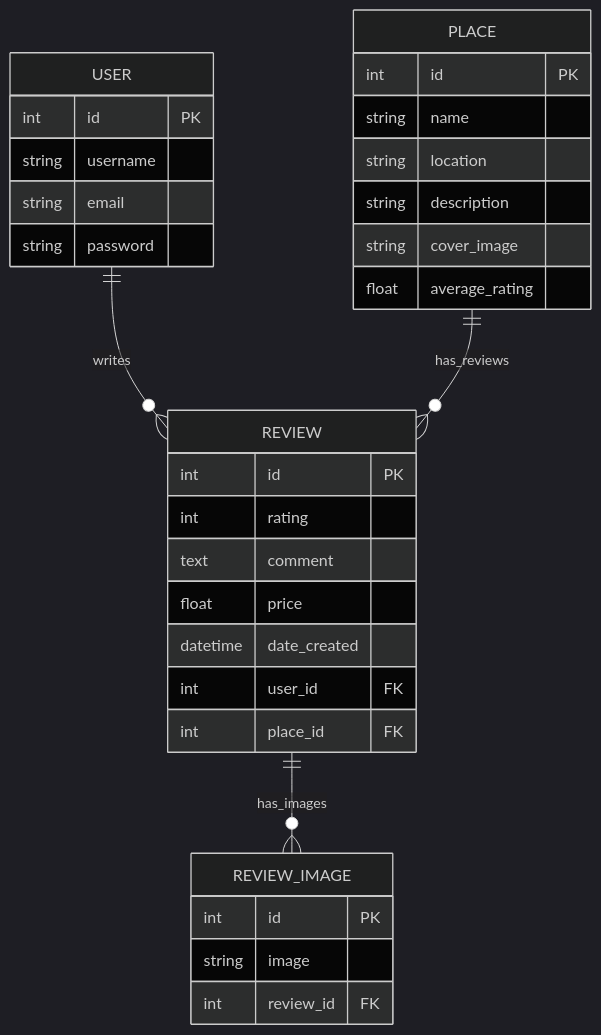
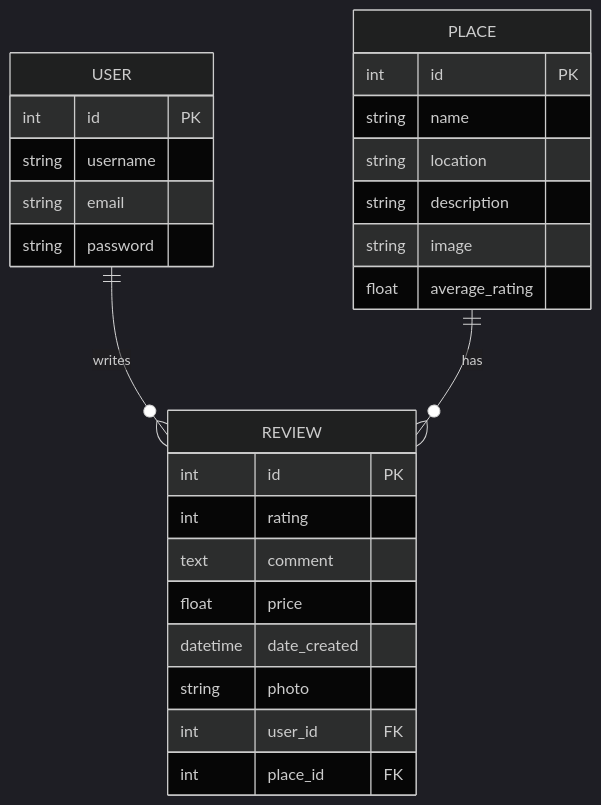
One commit to qusaiothman44/Capstone-Project changed the diagram in README.md. Above: the diagram before and after it, drawn with Mermaid (dark theme). The commit also changed other lines of this file and 17 other files, not shown here.

````````diff
--- a/README.md
+++ b/README.md
@@ -44,40 +44,35 @@
 ```mermaid
 erDiagram
     USER {
         int id PK
         string username
         string email
         string password
     }
 
     PLACE {
         int id PK
         string name
         string location
         string description
-        string cover_image
+        string image
         float average_rating
     }
 
     REVIEW {
         int id PK
         int rating
         text comment
         float price
         datetime date_created
+        string photo
         int user_id FK
         int place_id FK
     }
 
-    REVIEW_IMAGE {
-        int id PK
-        string image
-        int review_id FK
-    }
+    USER ||--o{ REVIEW : "writes"
+    PLACE ||--o{ REVIEW : "has"
 
-    USER ||--o{ REVIEW : writes
-    PLACE ||--o{ REVIEW : has_reviews
-    REVIEW ||--o{ REVIEW_IMAGE : has_images
 
 
 ```````
````````
